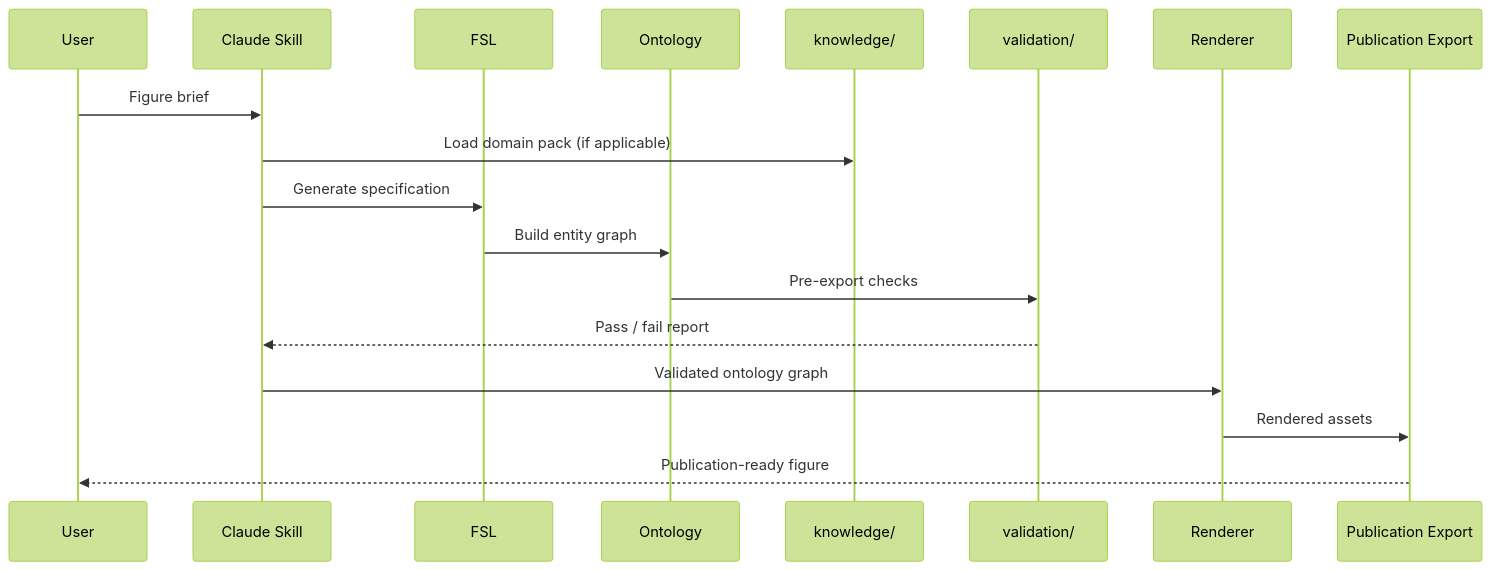
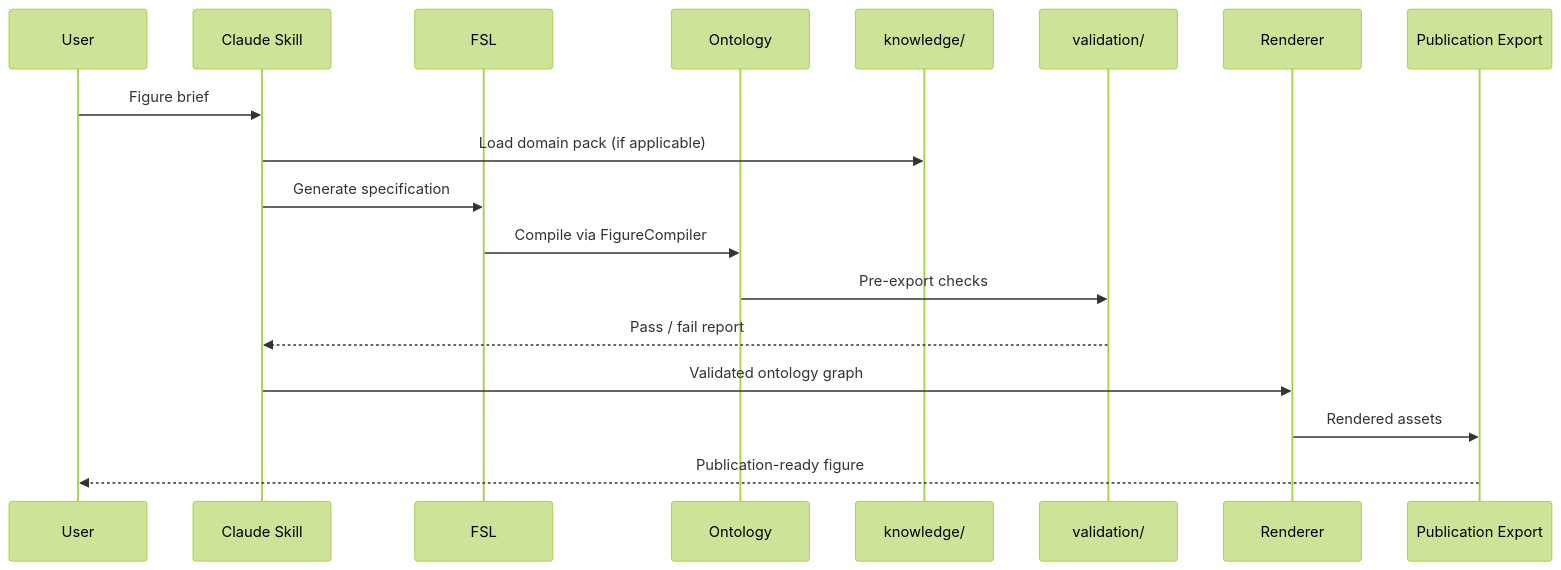
Before and after one commit to insight2017aquib/MedicinalChemistryFigureDesigner: the sixth of 6 diagrams in docs/Architecture.md, drawn with Mermaid (forest theme). The commit also changed other lines of this file and 13 other files, not shown here.

Commit message:
platform(v0.5): implement figure compilation engine

````diff
--- a/docs/Architecture.md
+++ b/docs/Architecture.md
@@ -184,21 +209,21 @@
 ```mermaid
 sequenceDiagram
     participant User
     participant Skill as Claude Skill
     participant FSL as FSL
     participant Ont as Ontology
     participant KB as knowledge/
     participant Val as validation/
     participant Render as Renderer
     participant Export as Publication Export
 
     User->>Skill: Figure brief
     Skill->>KB: Load domain pack (if applicable)
     Skill->>FSL: Generate specification
-    FSL->>Ont: Build entity graph
+    FSL->>Ont: Compile via FigureCompiler
     Ont->>Val: Pre-export checks
     Val-->>Skill: Pass / fail report
     Skill->>Render: Validated ontology graph
     Render->>Export: Rendered assets
     Export-->>User: Publication-ready figure
 ```
````
